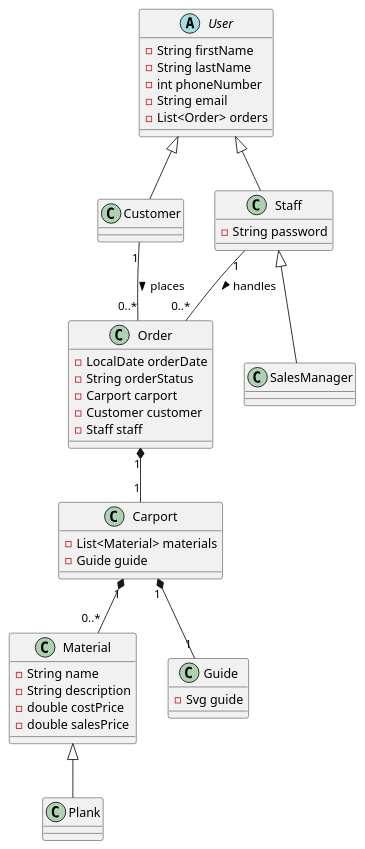
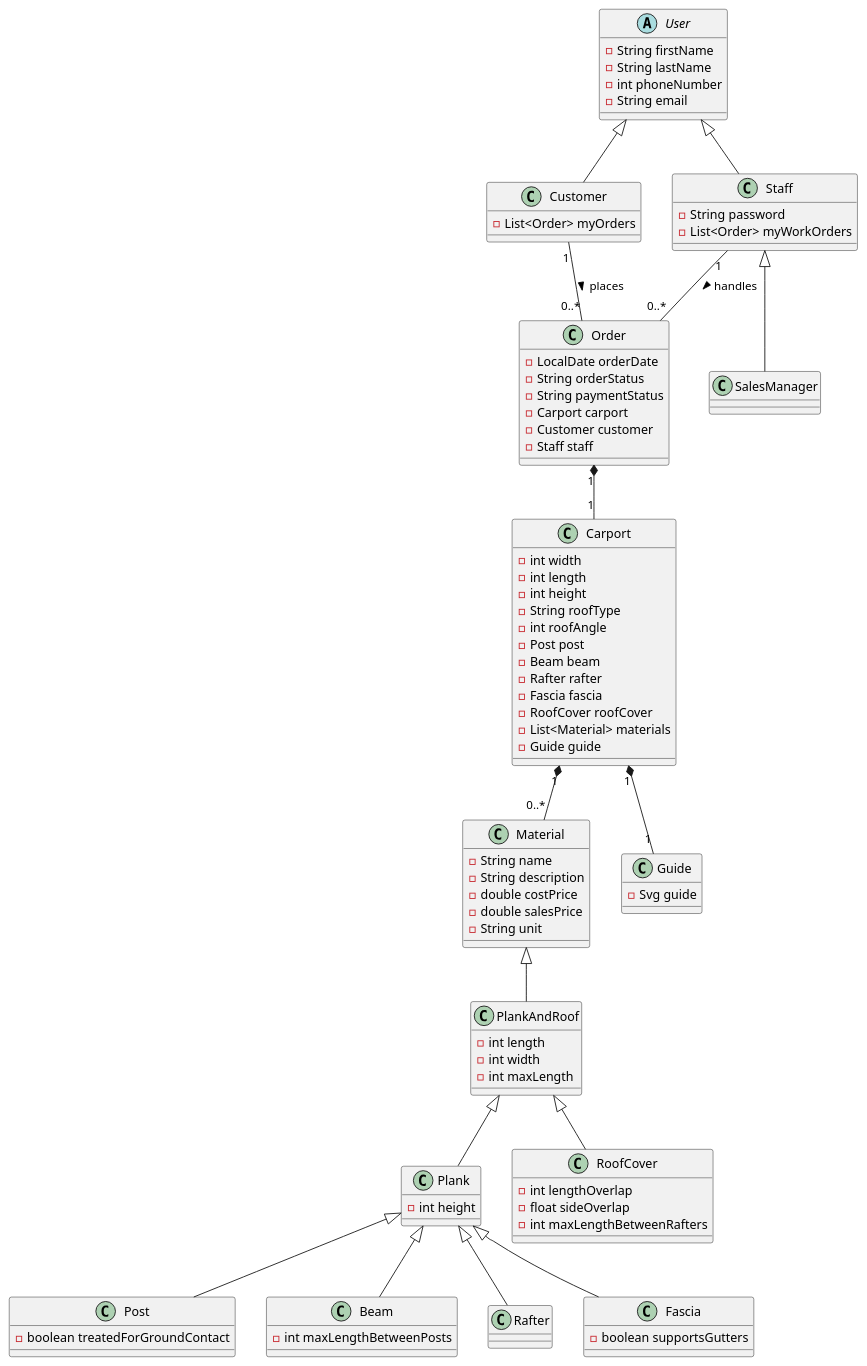
One commit to Styrse/Carport changed the diagram in docs/diagrams/ClassDiagram.puml. Above: the diagram before and after it, drawn with PlantUML. The commit also changed 26 other files, not shown here.

First line of the commit message:
ERD and structure

```diff
--- a/docs/diagrams/ClassDiagram.puml
+++ b/docs/diagrams/ClassDiagram.puml
@@ -1,52 +1,95 @@
 @startuml
 
 abstract class User {
   - String firstName
   - String lastName
   - int phoneNumber
   - String email
-  - List<Order> orders
 }
 
-class Customer extends User
+class Customer extends User {
+- List<Order> myOrders
+}
 
 class Staff extends User {
   - String password
+  - List<Order> myWorkOrders
 }
 
 class SalesManager extends Staff
 
 class Order {
   - LocalDate orderDate
   - String orderStatus
+  - String paymentStatus
   - Carport carport
   - Customer customer
   - Staff staff
 }
 
 class Carport {
+- int width
+- int length
+- int height
+- String roofType
+- int roofAngle
+- Post post
+- Beam beam
+- Rafter rafter
+- Fascia fascia
+- RoofCover roofCover
   - List<Material> materials
   - Guide guide
 }
 
 class Material {
   - String name
   - String description
   - double costPrice
   - double salesPrice
+  - String unit
 }
 
-class Plank extends Material
+class PlankAndRoof extends Material {
+- int length
+- int width
+- int maxLength
+}
+
+class Plank extends PlankAndRoof {
+- int height
+}
+
+class Post extends Plank {
+- boolean treatedForGroundContact
+}
+
+class Beam extends Plank {
+- int maxLengthBetweenPosts
+}
+
+class Rafter extends Plank {
+}
+
+class Fascia extends Plank {
+- boolean supportsGutters
+}
+
+class RoofCover extends PlankAndRoof {
+- int lengthOverlap
+- float sideOverlap
+- int maxLengthBetweenRafters
+}
 
 class Guide {
   - Svg guide
 }
 
 ' Relationships
 Customer "1" -- "0..*" Order : places >
 Staff "1" -- "0..*" Order : handles >
 Order "1" *-- "1" Carport
 Carport "1" *-- "0..*" Material
 Carport "1" *-- "1" Guide
 
 @enduml
```
